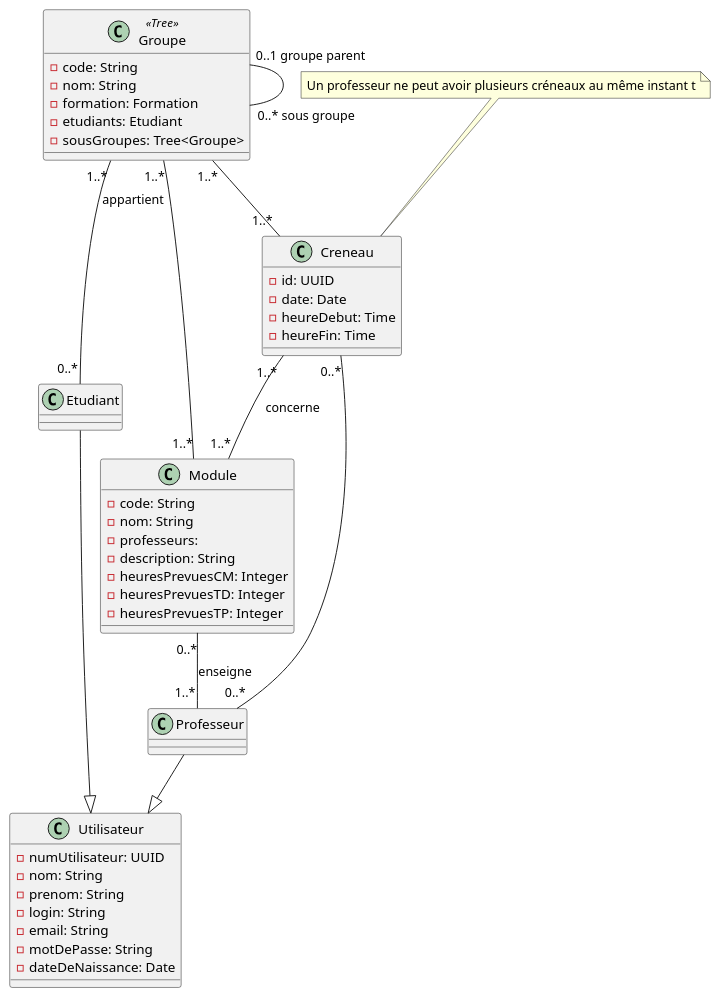
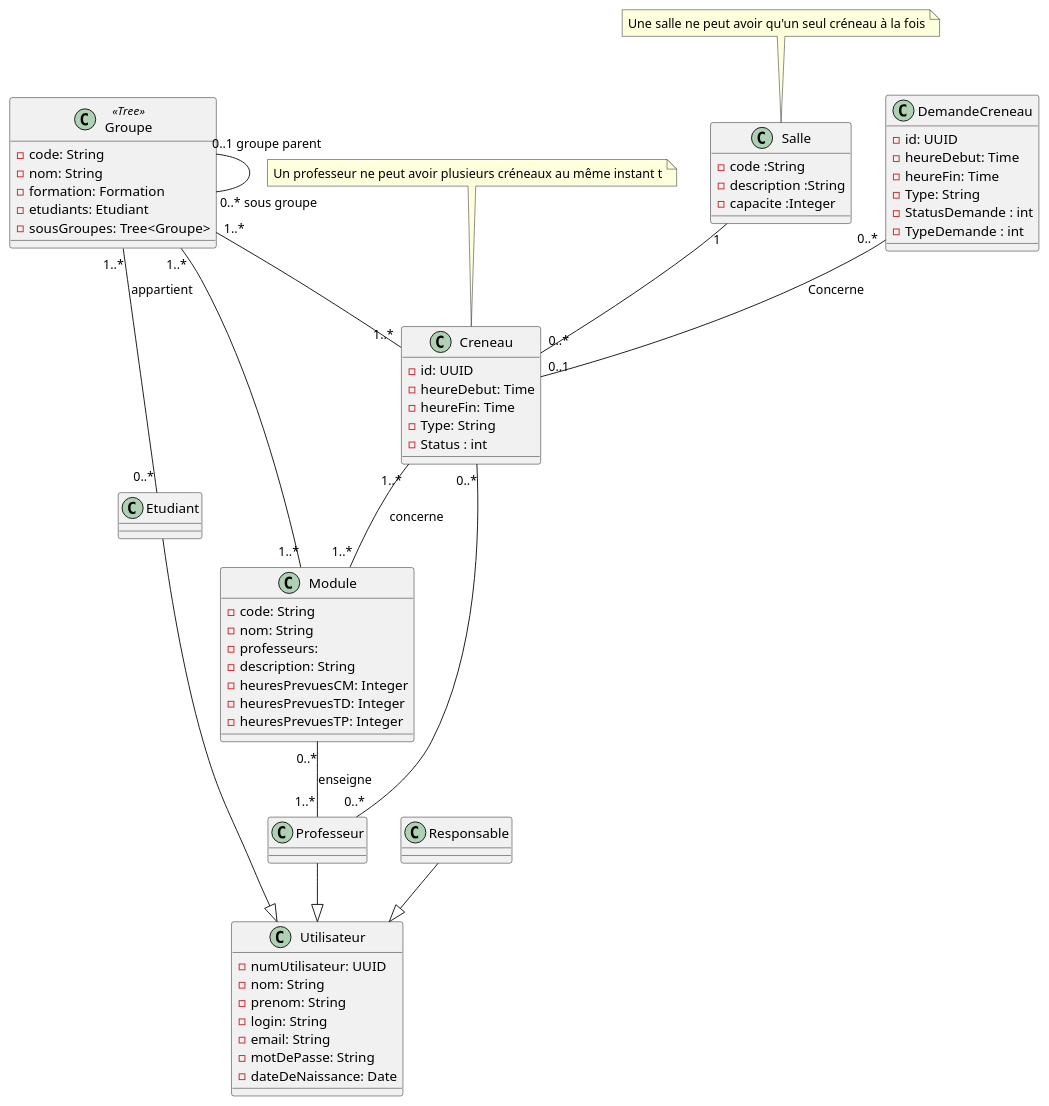
One commit to tombartos/projet-planning changed the diagram in Doc/classes.plantuml. Above: the diagram before and after it, drawn with PlantUML. The commit also changed 6 other files, not shown here.

```diff
--- a/Doc/classes.plantuml
+++ b/Doc/classes.plantuml
@@ -1,75 +1,102 @@
 @startuml Diagramme de classes du projet PNG
 class Utilisateur
 {
     - numUtilisateur: UUID /'Uniquement pour notre base de donnée'/ 
     - nom: String
     - prenom: String
     - login: String
     - email: String
     - motDePasse: String
     - dateDeNaissance: Date
 }
 
 class Professeur
 {
     
 }
 
 class Etudiant
 {
 
 }
 
 Professeur --|> Utilisateur
 Etudiant --|> Utilisateur
 
 class Module
 {
     - code: String
     - nom: String
     - professeurs:
     - description: String
     - heuresPrevuesCM: Integer
     - heuresPrevuesTD: Integer
     - heuresPrevuesTP: Integer
 }
 Module "0..*" -- "1..*" Professeur : "enseigne"
 
 /'class Formation
 {
     - code: String
     - nom: String
     - description: String
 }'/
 
 
 class Groupe <<Tree>>
 {
     - code: String
     - nom: String
     - formation: Formation
     - etudiants: Etudiant
     - sousGroupes: Tree<Groupe>
 }
 
 Groupe "0..1 groupe parent" -- "0..* sous groupe" Groupe 
 Groupe "1..*" -- "1..*" Module
 Groupe "1..*" -- "0..*" Etudiant : appartient
 
 class Creneau
 {
     - id: UUID
-    - date: Date
-    /' gérer l'UTC '/
     - heureDebut: Time
     - heureFin: Time
+    - Type: String /'CM, TD, TP'/
+    - Status : int
+
 }
 
 Creneau "0..*"  -- "0..*" Professeur
 Groupe "1..*" -- "1..*" Creneau
 Creneau "1..*" -- "1..*" Module : concerne
 
 note "Un professeur ne peut avoir plusieurs créneaux au même instant t" as n1
 n1 .. Creneau
 
+class Salle {
+    - code :String
+    - description :String
+    - capacite :Integer
+}
+note "Une salle ne peut avoir qu'un seul créneau à la fois" as n2
+n2 .. Salle
+Salle "1" -- "0..*" Creneau
+
+class Responsable
+{
+
+}
+Responsable --|> Utilisateur
+
+class DemandeCreneau
+{
+    - id: UUID
+    - heureDebut: Time
+    - heureFin: Time
+    - Type: String /'CM, TD, TP'/
+    - StatusDemande : int
+    - TypeDemande : int
+}
+DemandeCreneau "0..*" -- "0..1" Creneau : "Concerne"
+ 
 @enduml
```
